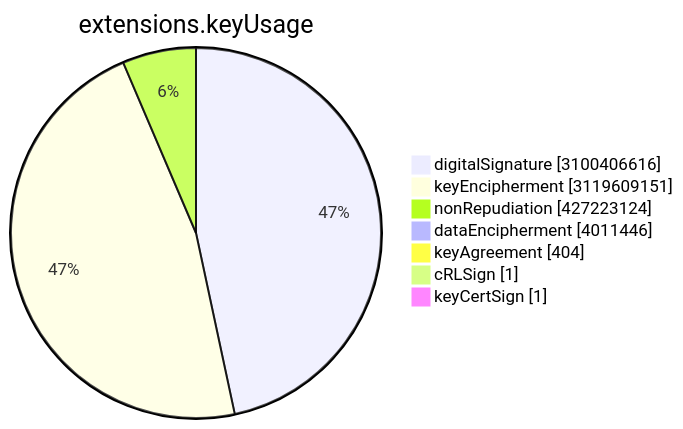
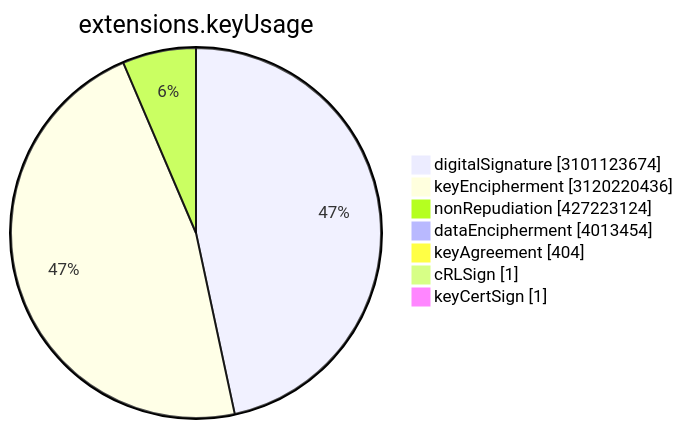
One commit to christiankrug/ctmonitor_visualization changed the sixth of 15 diagrams in TOTAL/README.md. Above: the diagram before and after it, drawn with Mermaid. The commit also changed other lines of this file, not shown here.

````diff
--- a/TOTAL/README.md
+++ b/TOTAL/README.md
@@ -3077,11 +3077,11 @@
 ```mermaid
 pie showData
 title extensions.keyUsage
-"digitalSignature" :3100406616
-"keyEncipherment" :3119609151
+"digitalSignature" :3101123674
+"keyEncipherment" :3120220436
 "nonRepudiation" :427223124
-"dataEncipherment" :4011446
+"dataEncipherment" :4013454
 "keyAgreement" :404
 "cRLSign" :1
 "keyCertSign" :1
 ```
````
